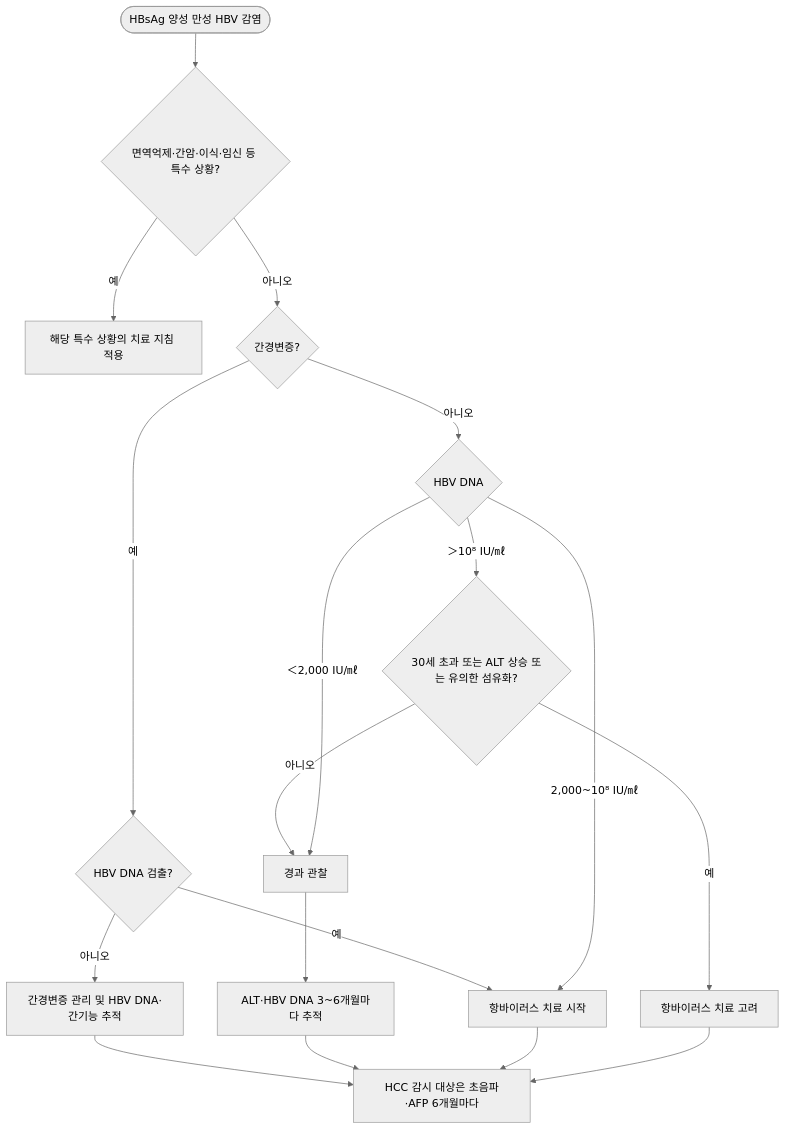
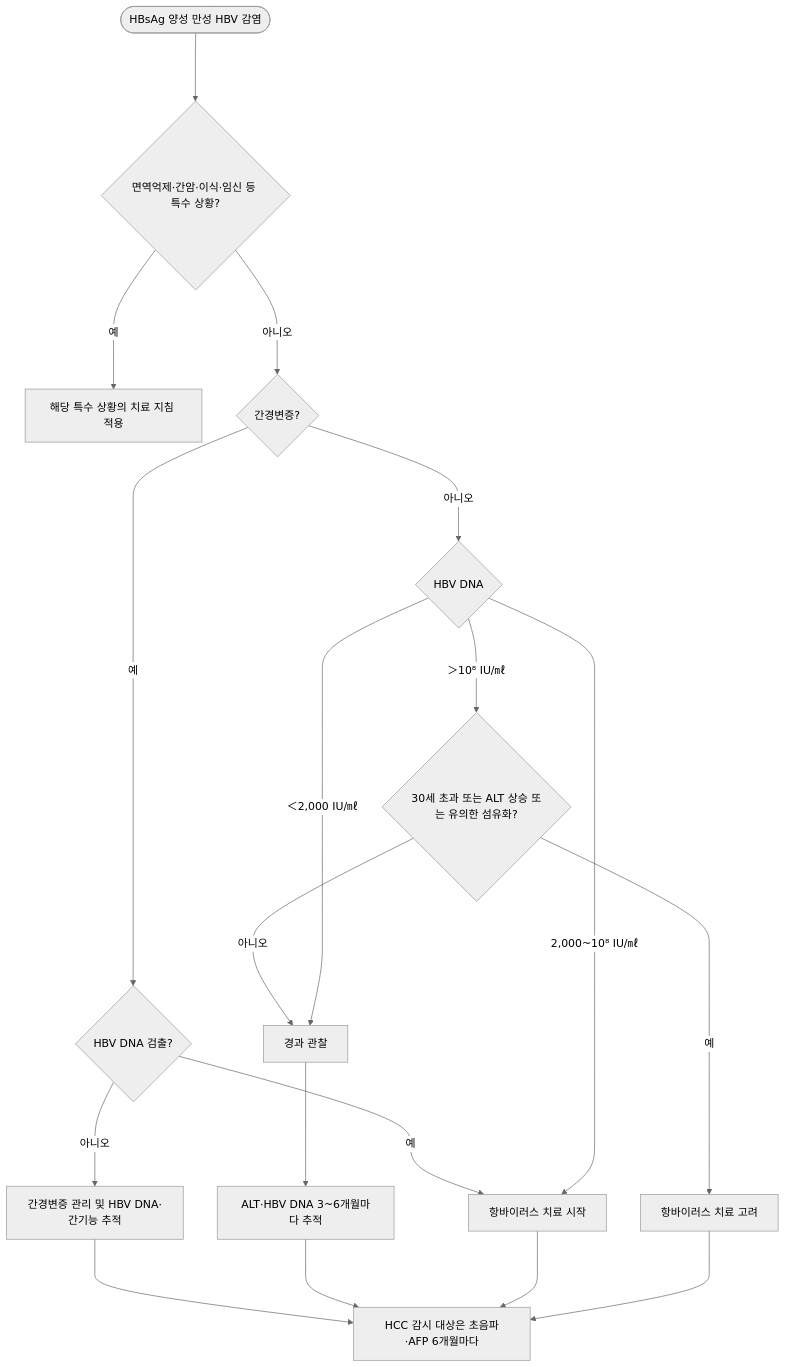
One commit to familyoh77/familyoh77 changed the second of 4 diagrams in 224_/091_hbv-infection.md. Above: the diagram before and after it, drawn with Mermaid (neutral theme). The commit also changed other lines of this file and 11 other files, not shown here.

````diff
--- a/224_/091_hbv-infection.md
+++ b/224_/091_hbv-infection.md
@@ -237,20 +280,20 @@
 ```mermaid
 flowchart TD
-    A(["HBsAg 양성 만성 HBV 감염"]) --> B{"면역억제·간암·이식·임신 등 특수 상황?"}
-    B -- 예 --> S["해당 특수 상황의 치료 지침 적용"]
-    B -- 아니오 --> C{"간경변증?"}
-    C -- 예 --> D{"HBV DNA 검출?"}
-    D -- 예 --> T["항바이러스 치료 시작"]
-    D -- 아니오 --> R["간경변증 관리 및 HBV DNA·간기능 추적"]
-    C -- 아니오 --> E{"HBV DNA"}
-    E -- "＞10⁸ IU/㎖" --> F{"30세 초과 또는 ALT 상승 또는 유의한 섬유화?"}
-    F -- 예 --> G["항바이러스 치료 고려"]
-    F -- 아니오 --> M["경과 관찰"]
-    E -- "2,000~10⁸ IU/㎖" --> T
-    E -- "＜2,000 IU/㎖" --> M
-    M --> N["ALT·HBV DNA 3~6개월마다 추적"]
-    R --> P["HCC 감시 대상은 초음파·AFP 6개월마다"]
-    N --> P
-    T --> P
-    G --> P
+    A(["HBsAg 양성 만성 HBV 감염"]) ---> B{"면역억제·간암·이식·임신 등 특수 상황?"}
+    B -- 예 ---> S["해당 특수 상황의 치료 지침 적용"]
+    B -- 아니오 ---> C{"간경변증?"}
+    C -- 예 ---> D{"HBV DNA 검출?"}
+    D -- 예 ---> T["항바이러스 치료 시작"]
+    D -- 아니오 ---> R["간경변증 관리 및 HBV DNA·간기능 추적"]
+    C -- 아니오 ---> E{"HBV DNA"}
+    E -- "＞10⁸ IU/㎖" ---> F{"30세 초과 또는 ALT 상승 또는 유의한 섬유화?"}
+    F -- 예 ---> G["항바이러스 치료 고려"]
+    F -- 아니오 ---> M["경과 관찰"]
+    E -- "2,000~10⁸ IU/㎖" ---> T
+    E -- "＜2,000 IU/㎖" ---> M
+    M ---> N["ALT·HBV DNA 3~6개월마다 추적"]
+    R ---> P["HCC 감시 대상은 초음파·AFP 6개월마다"]
+    N ---> P
+    T ---> P
+    G ---> P
 ```
````
